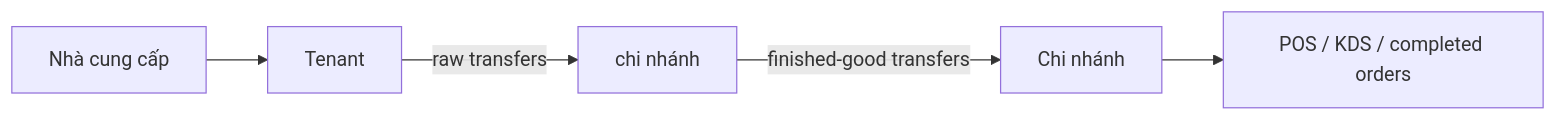
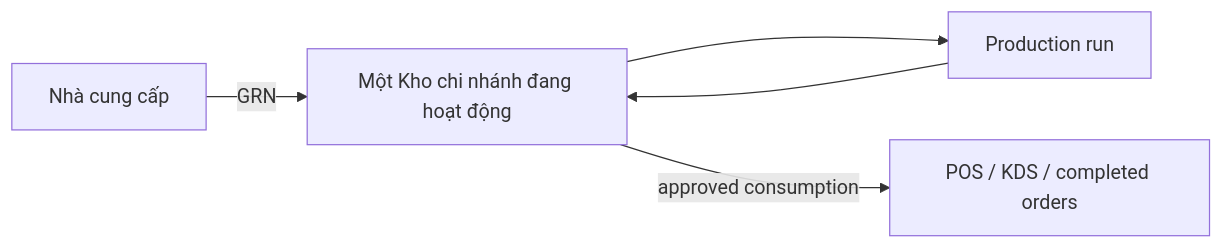
One commit to comtammatu/comtammatu changed the diagram in docs/CODEBASE_MAP.md. Above: the diagram before and after it, drawn with Mermaid. The commit also changed other lines of this file and 28 other files, not shown here.

````diff
--- a/docs/CODEBASE_MAP.md
+++ b/docs/CODEBASE_MAP.md
@@ -137,7 +81,7 @@
 ```mermaid
 flowchart LR
-    supplier["Nhà cung cấp"] --> hq["Tenant"]
-    hq -->|raw transfers| ck["chi nhánh"]
-    ck -->|finished-good transfers| br["Chi nhánh"]
-    br --> pos["POS / KDS / completed orders"]
+    supplier["Nhà cung cấp"] -->|GRN| warehouse["Một Kho chi nhánh đang hoạt động"]
+    warehouse --> production["Production run"]
+    production --> warehouse
+    warehouse -->|approved consumption| pos["POS / KDS / completed orders"]
 ```
````
